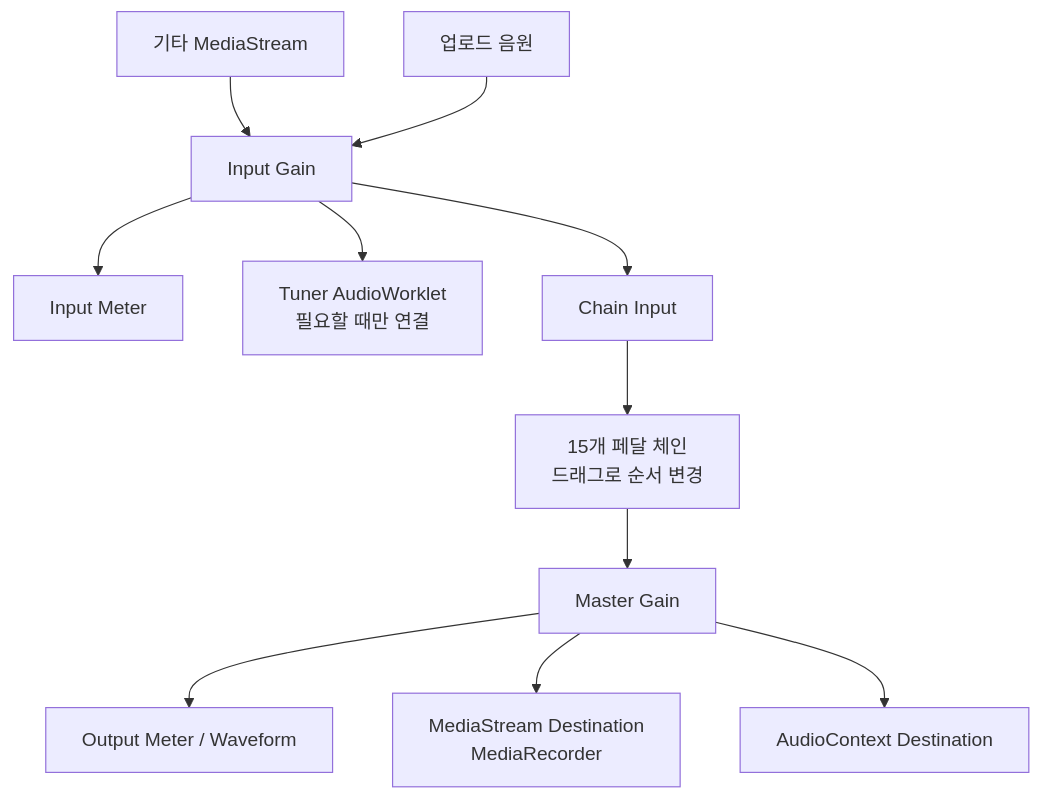
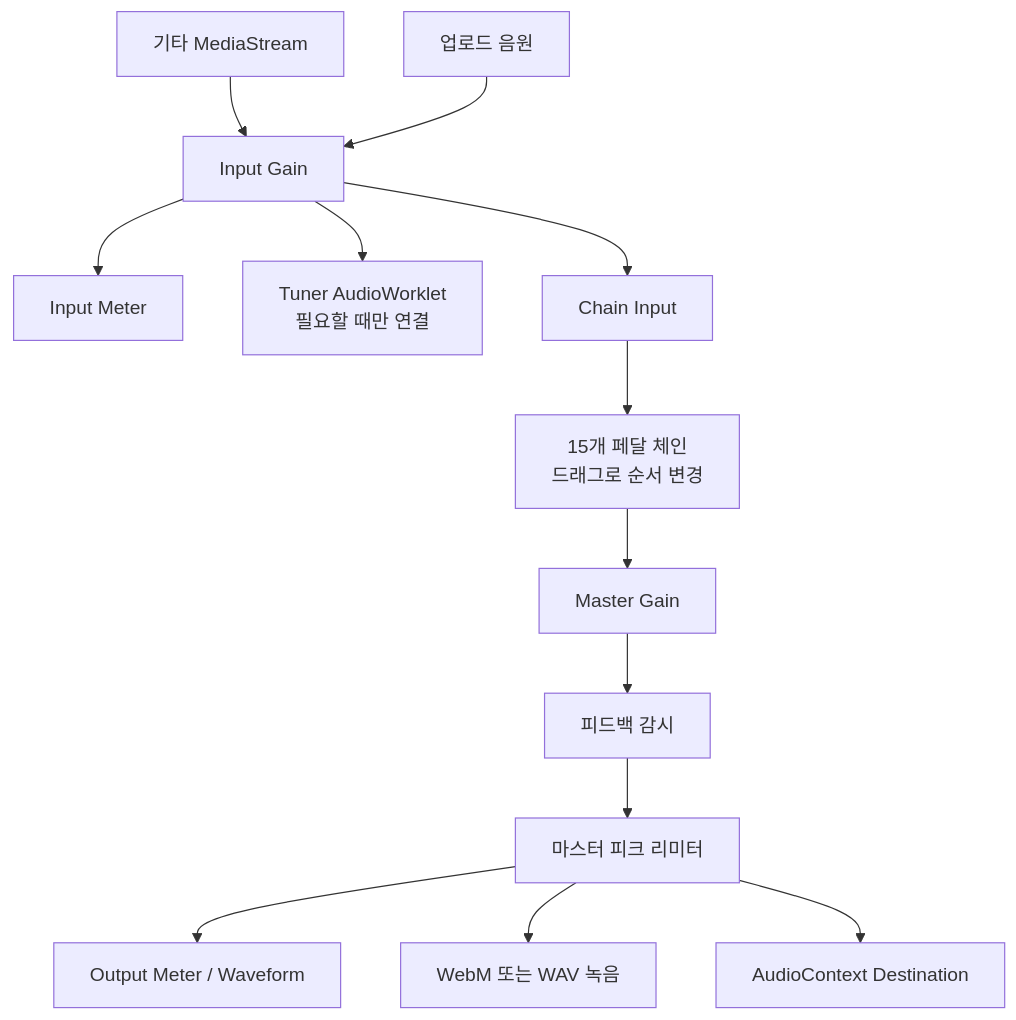
The diagram in README.md (kimyounggaur/Guitar-Pedalboard), drawn with Mermaid before and after one commit. The commit also changed other lines of this file and 48 other files, not shown here.

````diff
--- a/README.md
+++ b/README.md
@@ -56,13 +57,15 @@
 ```mermaid
 flowchart TD
   A[기타 MediaStream] --> C[Input Gain]
   B[업로드 음원] --> C
   C --> IM[Input Meter]
   C --> T[Tuner AudioWorklet\n필요할 때만 연결]
   C --> CI[Chain Input]
   CI --> FX[15개 페달 체인\n드래그로 순서 변경]
   FX --> MG[Master Gain]
-  MG --> OM[Output Meter / Waveform]
-  MG --> RD[MediaStream Destination\nMediaRecorder]
-  MG --> OUT[AudioContext Destination]
+  MG --> HP[피드백 감시]
+  HP --> LM[마스터 피크 리미터]
+  LM --> OM[Output Meter / Waveform]
+  LM --> RD[WebM 또는 WAV 녹음]
+  LM --> OUT[AudioContext Destination]
 ```
````
